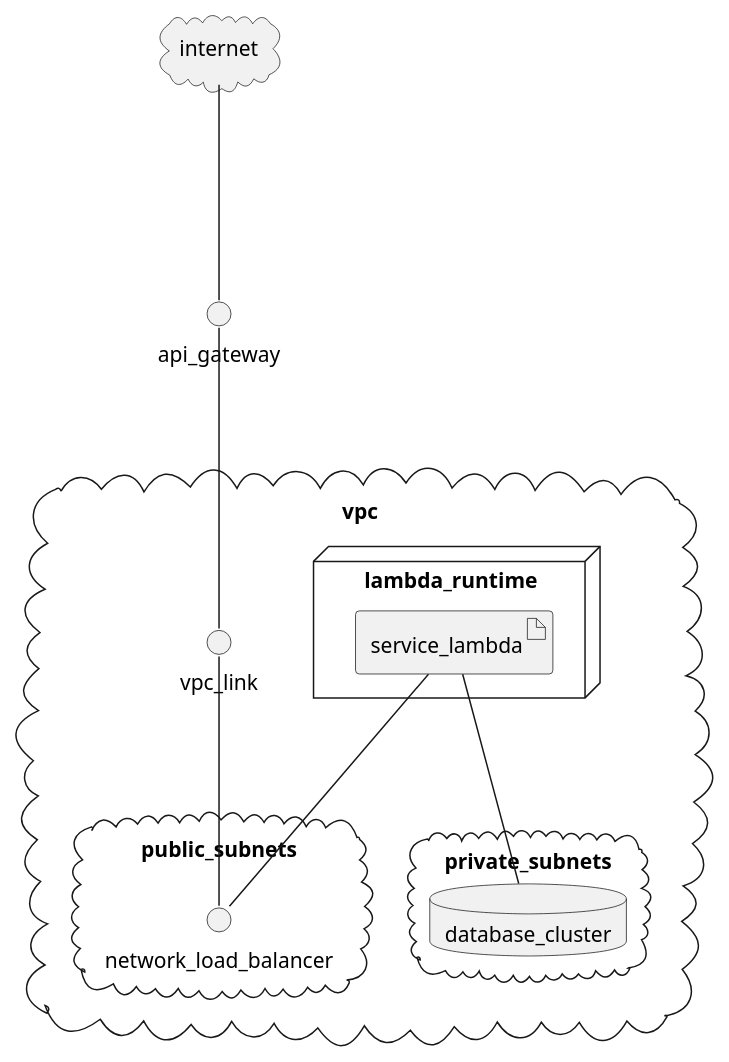
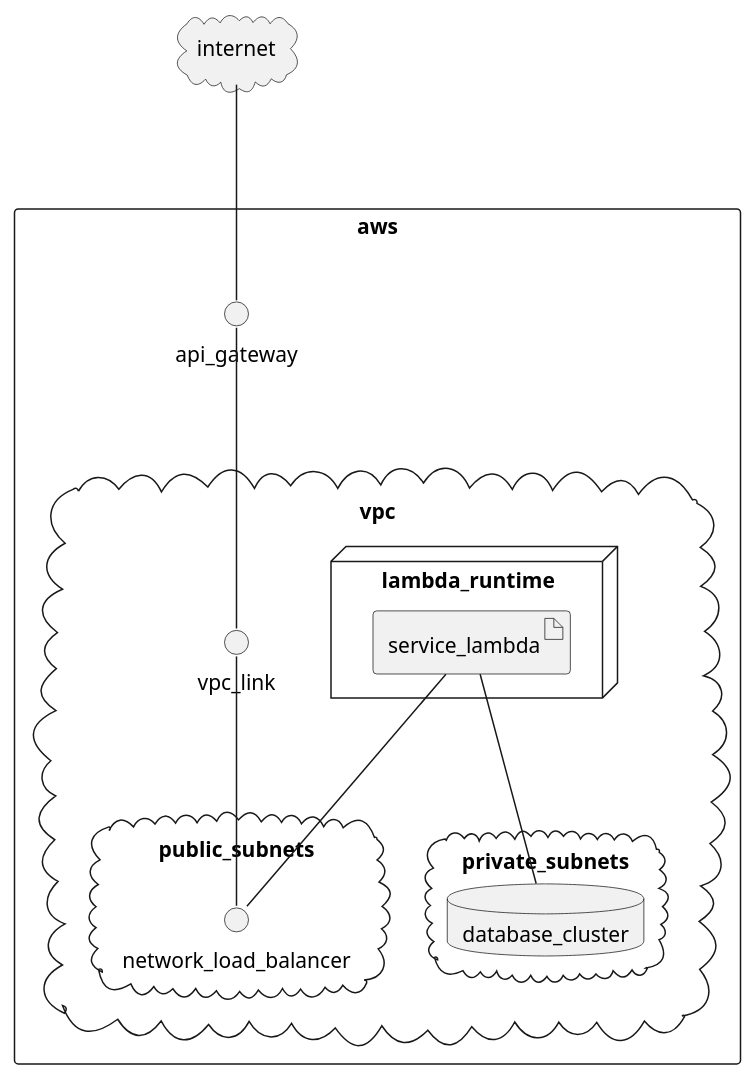
Before and after one commit to atl-tw/etwg-sample: the diagram in docs/infrastructure-physical.puml, drawn with PlantUML. The commit also changed 11 other files, not shown here.

```diff
--- a/docs/infrastructure-physical.puml
+++ b/docs/infrastructure-physical.puml
@@ -1,23 +1,25 @@
 @startuml
 cloud internet
-interface api_gateway
-cloud vpc {
-    interface vpc_link
-    cloud public_subnets {
-        interface network_load_balancer
-    }
-    cloud private_subnets {
-        database database_cluster
-    }
+rectangle aws {
+    interface api_gateway
+    cloud vpc {
+        interface vpc_link
+        cloud public_subnets {
+            interface network_load_balancer
+        }
+        cloud private_subnets {
+            database database_cluster
+        }
 
-    node lambda_runtime {
-        artifact service_lambda
+        node lambda_runtime {
+            artifact service_lambda
+        }
     }
 }
 
 internet --- api_gateway
 api_gateway --- vpc_link
 vpc_link --- network_load_balancer
 service_lambda --- network_load_balancer
 service_lambda --- database_cluster
 @enduml
```
